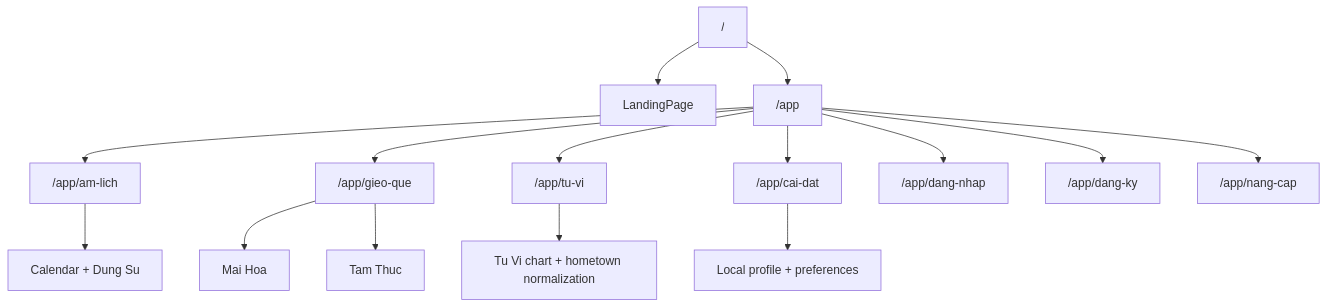
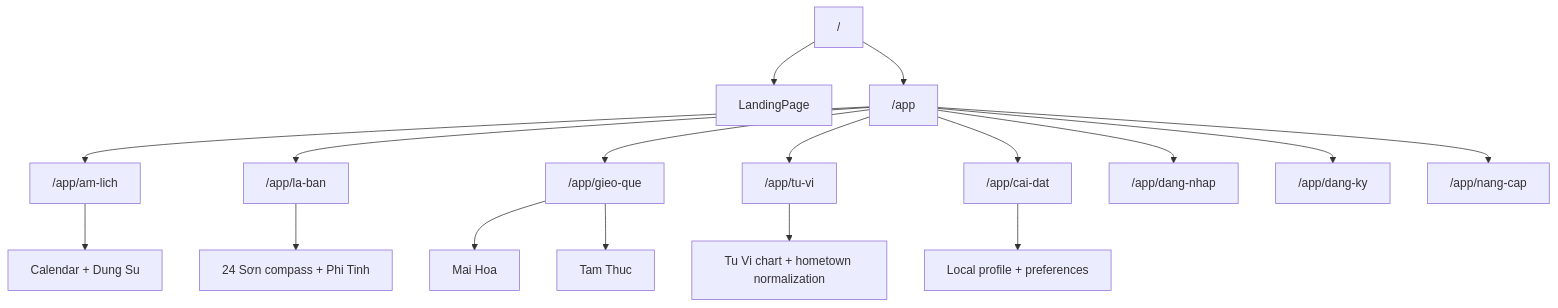
Before and after one commit to jakessteve/lich-viet-android: the diagram in docs/tech/USERFLOW.md, drawn with Mermaid. The commit also changed other lines of this file and 37 other files, not shown here.

````diff
--- a/docs/tech/USERFLOW.md
+++ b/docs/tech/USERFLOW.md
@@ -10,18 +10,20 @@
 ```mermaid
 flowchart TD
     HOME["/"] --> LANDING["LandingPage"]
     HOME --> APP["/app"]
     APP --> AMLICH["/app/am-lich"]
+    APP --> LABAN["/app/la-ban"]
     APP --> GIEOQUE["/app/gieo-que"]
     APP --> TUVI["/app/tu-vi"]
     APP --> SETTINGS["/app/cai-dat"]
     APP --> LOGIN["/app/dang-nhap"]
     APP --> REGISTER["/app/dang-ky"]
     APP --> UPGRADE["/app/nang-cap"]
 
     AMLICH --> CALENDAR["Calendar + Dung Su"]
+    LABAN --> COMPASS["24 Sơn compass + Phi Tinh"]
     GIEOQUE --> MAIHOA["Mai Hoa"]
     GIEOQUE --> TAMTHUC["Tam Thuc"]
     TUVI --> CHART["Tu Vi chart + hometown normalization"]
     SETTINGS --> PROFILE["Local profile + preferences"]
 ```
````
